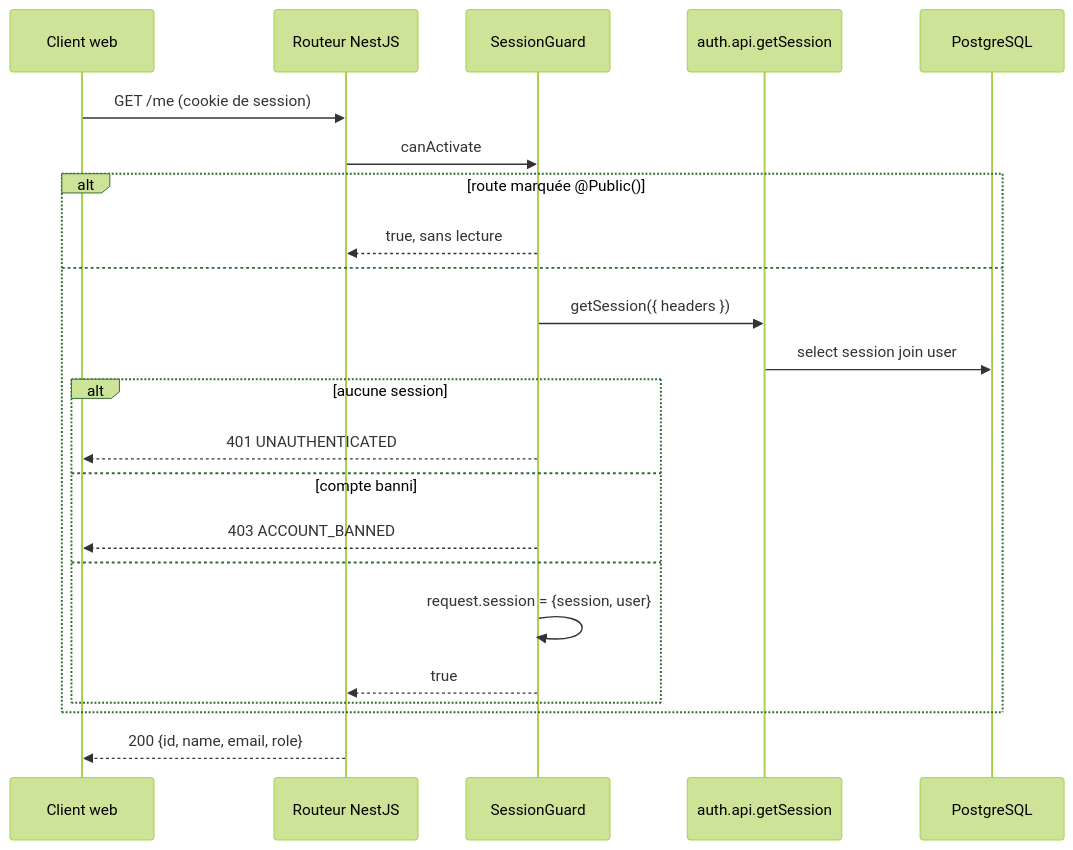
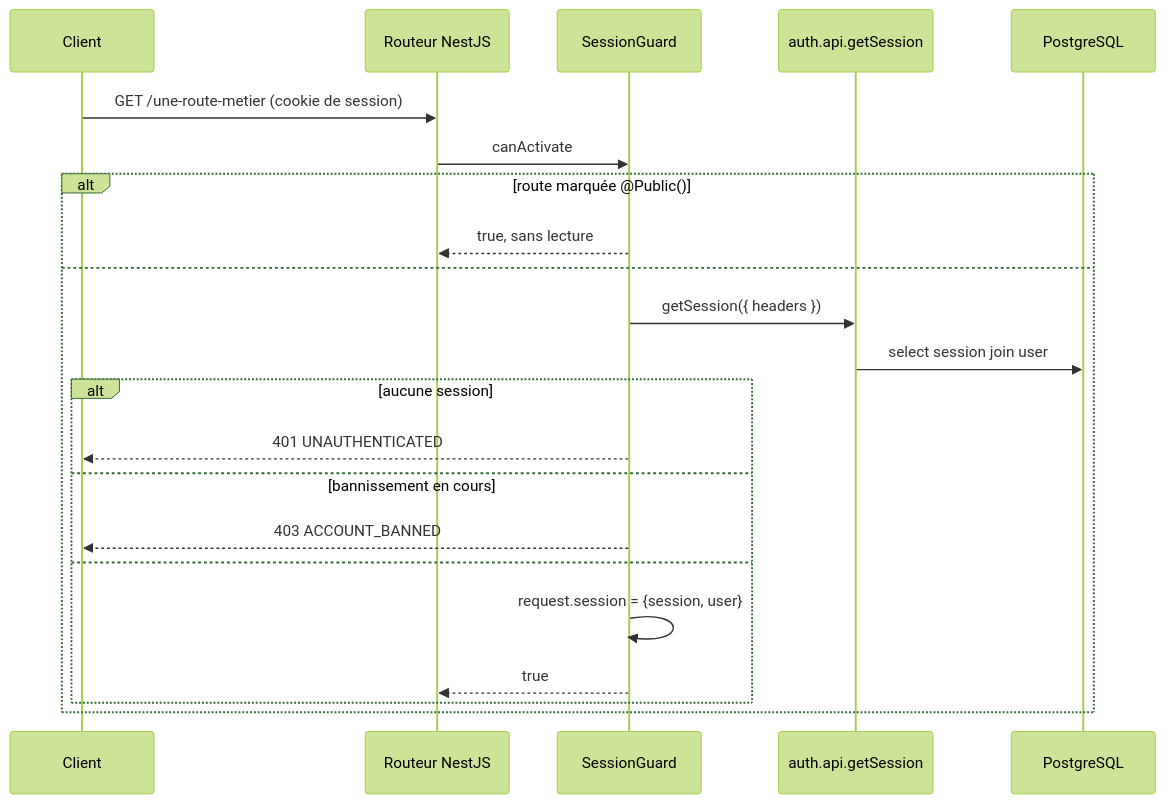
The fourth of 7 diagrams in docs/design/authentication.md (Charles-Mahoudeau/survivor-cartepro), drawn with Mermaid (forest theme) before and after one commit. The commit also changed other lines of this file and 1 other file, not shown here.

First line of the commit message:
docs(auth): rewrite the specification for the inverted schema ownership

````diff
--- a/docs/design/authentication.md
+++ b/docs/design/authentication.md
@@ -261,26 +267,25 @@
 ```mermaid
 sequenceDiagram
-    participant C as Client web
+    participant C as Client
     participant N as Routeur NestJS
     participant G as SessionGuard
     participant B as auth.api.getSession
     participant D as PostgreSQL
 
-    C->>N: GET /me (cookie de session)
+    C->>N: GET /une-route-metier (cookie de session)
     N->>G: canActivate
     alt route marquée @Public()
         G-->>N: true, sans lecture
     else
         G->>B: getSession({ headers })
         B->>D: select session join user
         alt aucune session
             G-->>C: 401 UNAUTHENTICATED
-        else compte banni
+        else bannissement en cours
             G-->>C: 403 ACCOUNT_BANNED
         else
             G->>G: request.session = {session, user}
             G-->>N: true
         end
     end
-    N-->>C: 200 {id, name, email, role}
 ```
````
